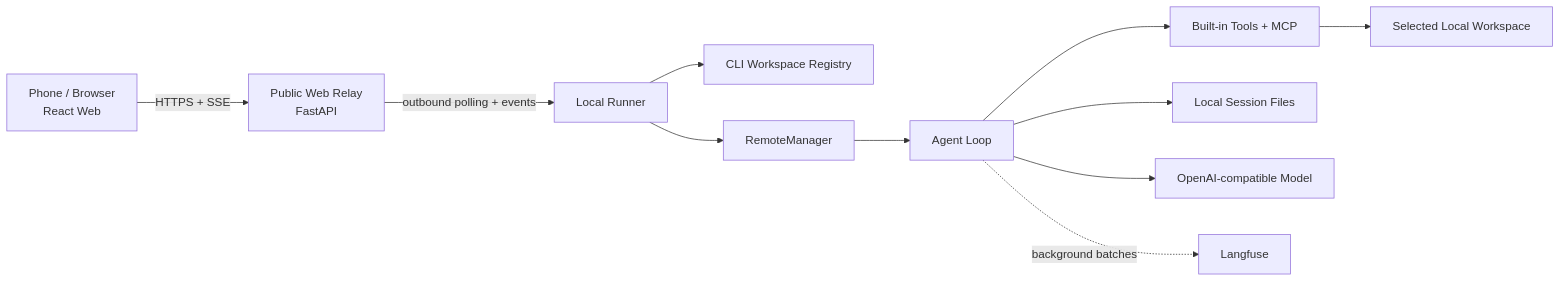
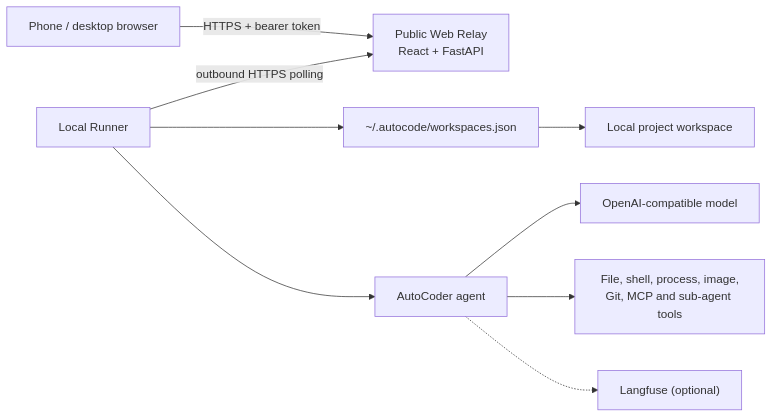
Before and after one commit to xx2201/AutoCode: the diagram in README.md, drawn with Mermaid. The commit also changed other lines of this file and 2 other files, not shown here.

Commit message:
docs: refresh architecture and project guidance

````diff
--- a/README.md
+++ b/README.md
@@ -98,13 +16,11 @@
 ```mermaid
 flowchart LR
-    Browser["Phone / Browser<br/>React Web"] -->|"HTTPS + SSE"| Relay["Public Web Relay<br/>FastAPI"]
-    Relay -->|"outbound polling + events"| Runner["Local Runner"]
-    Runner --> Registry["CLI Workspace Registry"]
-    Runner --> Manager["RemoteManager"]
-    Manager --> Agent["Agent Loop"]
-    Agent --> Tools["Built-in Tools + MCP"]
-    Tools --> Workspace["Selected Local Workspace"]
-    Agent --> State["Local Session Files"]
-    Agent --> Model["OpenAI-compatible Model"]
-    Agent -. "background batches" .-> Langfuse["Langfuse"]
+    Browser["Phone / desktop browser"] -->|"HTTPS + bearer token"| Relay["Public Web Relay<br/>React + FastAPI"]
+    Runner["Local Runner"] -->|"outbound HTTPS polling"| Relay
+    Runner --> Registry["~/.autocode/workspaces.json"]
+    Registry --> Workspace["Local project workspace"]
+    Runner --> Agent["AutoCoder agent"]
+    Agent --> Model["OpenAI-compatible model"]
+    Agent --> Tools["File, shell, process, image,<br/>Git, MCP and sub-agent tools"]
+    Agent -.-> Langfuse["Langfuse (optional)"]
 ```
````
